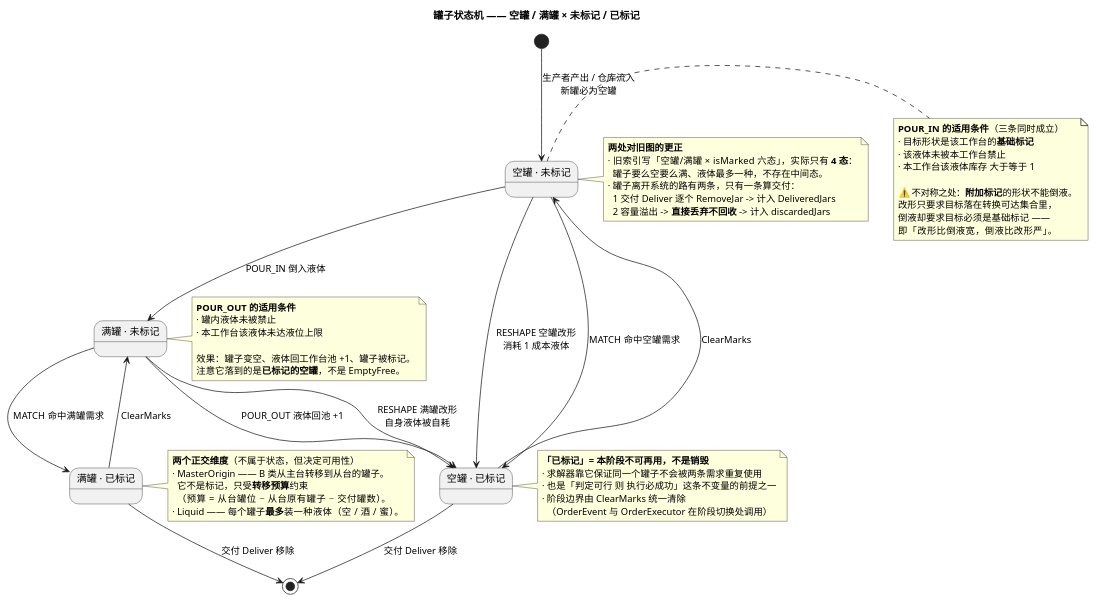
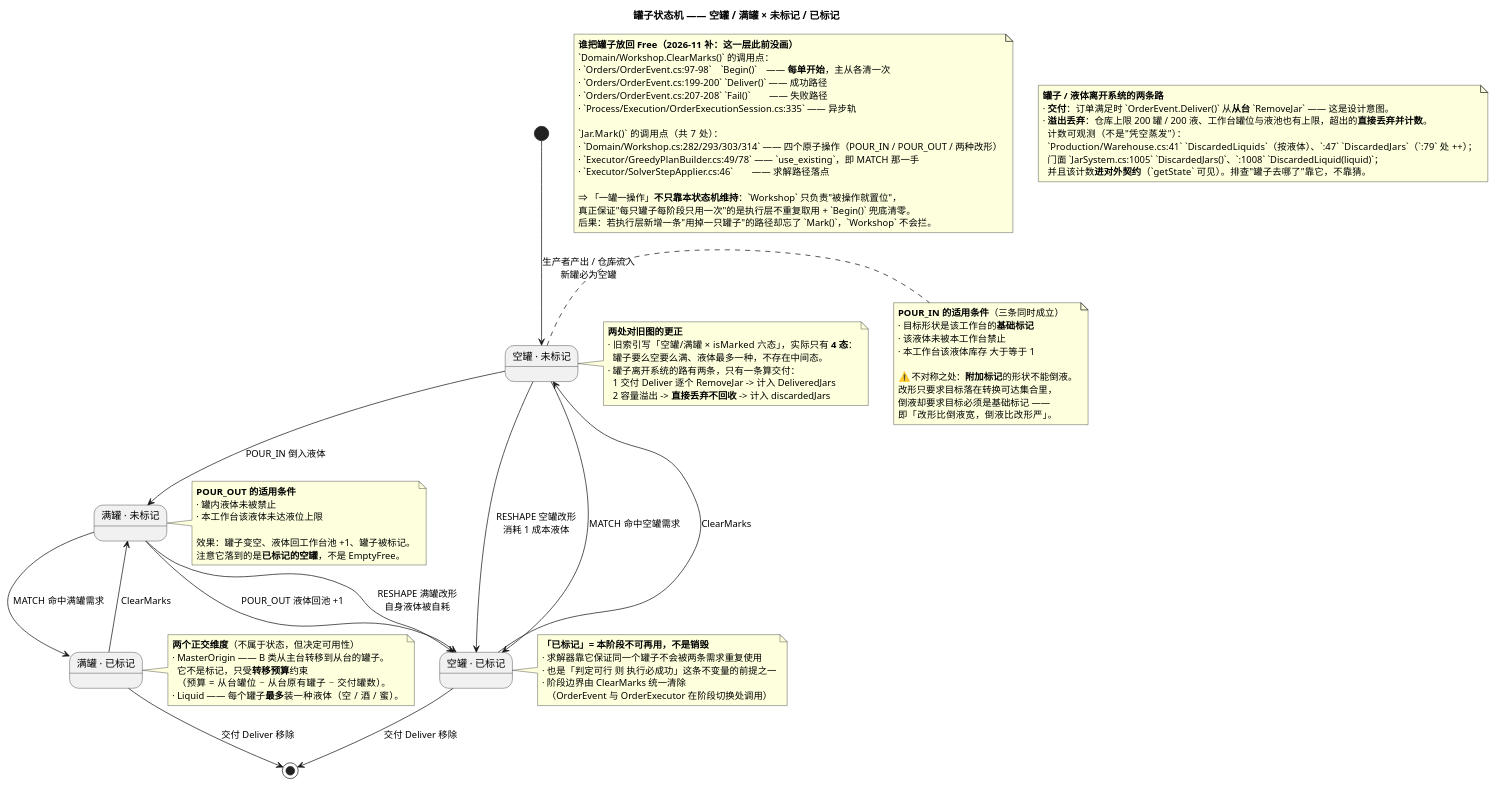
One commit to Lazyair150/jar-system-dotnet changed the diagram in UML/06_State_罐子操作.puml. Above: the diagram before and after it, drawn with PlantUML. The commit also changed 1 other file, not shown here.

Commit message:
fix(UML): 07 的依赖边按实际 using 重画；06 补「谁清标记」与「丢弃计数」
起因：用户拿一份外部图评给我看，我逐条核对后发现两件事——
① 图里我画的依赖边有几条是凭印象猜的（错在图，不在代码）；
② 外部评提到的两处"隐患"，一处已在代码里实现、一处被高估。

07_Component_架构.puml：
- 用 `grep '^using JarSystem.Core.<层>'` 逐条算出真实边矩阵，重画 40 余条边。
  删掉三条**不存在的边**：Services→Executor、Orders→Solver、Executor→Solver、
  World→Process/Abstractions（World 实际依赖 Config/Rules/Orders/Sessions）。
- 新增 note「层序测试守不住的一类依赖：经门面的运行时越层」：
  `Services/OrderService.cs:286 _system.Executor.BeginSession(...)` → Executor(L11)、
  `Services/WorkshopService.cs:41 _system.World.NamePools` → World(L12)。
  两处**类型上不 using**、经门面属性取实例，所以层序测试看不见；图上画成虚线。
  风险具体化为：把 Services 搬出本程序集/进程时这两条会静默失效而层测仍绿。

06_State_罐子操作.puml：
- 新增 note「谁把罐子放回 Free」：ClearMarks 的四个调用点（OrderEvent.Begin/Deliver/Fail
  + OrderExecutionSession:335）与 Mark() 的七个调用点（Workshop 四操作 + GreedyPlanBuilder:49/78
  的 use_existing + SolverStepApplier:46），并写明"一罐一操作不只靠状态机维持"。
- 新增 note「罐子/液体离开系统的两条路」：交付 vs 溢出丢弃，并给出可观测入口
  （Warehouse.cs:41/47/79、JarSystem.cs:1005/1008、计数进 getState 契约）。

仍待你在 VS Code 验证渲染（本机无 plantuml.jar）。

```diff
--- a/UML/06_State_罐子操作.puml
+++ b/UML/06_State_罐子操作.puml
@@ -1,80 +1,109 @@
 @startuml
 title 罐子状态机 —— 空罐 / 满罐 × 未标记 / 已标记
 
 ' ============================================================
 '  依据：Solver/StateSpaceSolver.cs 的 Apply（四种操作的真实状态效果）
 '    MATCH    需要未标记罐子；完成后 MarkJar，不动液体、不改形状
 '    POUR_IN  需要空罐；消耗工作台液体 1 单位；置入液体；MarkJar
 '    RESHAPE  空罐 -> 消耗 1 单位成本液体；满罐 -> 消耗自身液体；改形状；MarkJar
 '    POUR_OUT 需要满罐；液体回池 +1；罐子变空；MarkJar
 '  ⚠️ 四种操作**全都**会把罐子标记 —— 这就是「一罐一操作」的实现方式。
 ' ============================================================
 
 state "空罐 · 未标记" as EmptyFree
 state "满罐 · 未标记" as FullFree
 state "空罐 · 已标记" as EmptyLocked
 state "满罐 · 已标记" as FullLocked
 
 [*] --> EmptyFree : 生产者产出 / 仓库流入\n新罐必为空罐
 
 EmptyFree --> FullFree : POUR_IN 倒入液体
 EmptyFree --> EmptyLocked : RESHAPE 空罐改形\n消耗 1 成本液体
 EmptyFree --> EmptyLocked : MATCH 命中空罐需求
 
 FullFree --> EmptyLocked : POUR_OUT 液体回池 +1
 FullFree --> FullLocked : MATCH 命中满罐需求
 FullFree --> EmptyLocked : RESHAPE 满罐改形\n自身液体被自耗
 
 EmptyLocked --> [*] : 交付 Deliver 移除
 FullLocked --> [*] : 交付 Deliver 移除
 
 ' 标记不是永久的：阶段边界会清标记
 EmptyLocked --> EmptyFree : ClearMarks
 FullLocked --> FullFree : ClearMarks
 
 note right of EmptyFree
   **POUR_IN 的适用条件**（三条同时成立）
   · 目标形状是该工作台的**基础标记**
   · 该液体未被本工作台禁止
   · 本工作台该液体库存 大于等于 1
 
   ⚠️ 不对称之处：**附加标记**的形状不能倒液。
   改形只要求目标落在转换可达集合里，
   倒液却要求目标必须是基础标记 ——
   即「改形比倒液宽，倒液比改形严」。
 end note
 
 note right of FullFree
   **POUR_OUT 的适用条件**
   · 罐内液体未被禁止
   · 本工作台该液体未达液位上限
 
   效果：罐子变空、液体回工作台池 +1、罐子被标记。
   注意它落到的是**已标记的空罐**，不是 EmptyFree。
 end note
 
 note right of EmptyLocked
   **「已标记」= 本阶段不可再用，不是销毁**
   · 求解器靠它保证同一个罐子不会被两条需求重复使用
   · 也是「判定可行 则 执行必成功」这条不变量的前提之一
   · 阶段边界由 ClearMarks 统一清除
     （OrderEvent 与 OrderExecutor 在阶段切换处调用）
 end note
 
 note right of FullLocked
   **两个正交维度**（不属于状态，但决定可用性）
   · MasterOrigin —— B 类从主台转移到从台的罐子。
     它不是标记，只受**转移预算**约束
     （预算 = 从台罐位 − 从台原有罐子 − 交付罐数）。
   · Liquid —— 每个罐子**最多**装一种液体（空 / 酒 / 蜜）。
 end note
 
 note right of EmptyFree
   **两处对旧图的更正**
   · 旧索引写「空罐/满罐 × isMarked 六态」，实际只有 **4 态**：
     罐子要么空要么满、液体最多一种，不存在中间态。
   · 罐子离开系统的路有两条，只有一条算交付：
     1 交付 Deliver 逐个 RemoveJar -> 计入 DeliveredJars
     2 容量溢出 -> **直接丢弃不回收** -> 计入 discardedJars
 end note
+
+note as NWhoUnlocks
+  **谁把罐子放回 Free（2026-11 补：这一层此前没画）**
+  `Domain/Workshop.ClearMarks()` 的调用点：
+  · `Orders/OrderEvent.cs:97-98`　`Begin()`　—— **每单开始**，主从各清一次
+  · `Orders/OrderEvent.cs:199-200` `Deliver()` —— 成功路径
+  · `Orders/OrderEvent.cs:207-208` `Fail()`　　—— 失败路径
+  · `Process/Execution/OrderExecutionSession.cs:335` —— 异步轨
+
+  `Jar.Mark()` 的调用点（共 7 处）：
+  · `Domain/Workshop.cs:282/293/303/314` —— 四个原子操作（POUR_IN / POUR_OUT / 两种改形）
+  · `Executor/GreedyPlanBuilder.cs:49/78` —— `use_existing`，即 MATCH 那一手
+  · `Executor/SolverStepApplier.cs:46`　　—— 求解路径落点
+
+  ⇒ 「一罐一操作」**不只靠本状态机维持**：`Workshop` 只负责"被操作就置位"，
+  真正保证"每只罐子每阶段只用一次"的是执行层不重复取用 + `Begin()` 兜底清零。
+  后果：若执行层新增一条"用掉一只罐子"的路径却忘了 `Mark()`，`Workshop` 不会拦。
+end note
+
+note as NLeavingWorld
+  **罐子 / 液体离开系统的两条路**
+  · **交付**：订单满足时 `OrderEvent.Deliver()` 从**从台** `RemoveJar` —— 这是设计意图。
+  · **溢出丢弃**：仓库上限 200 罐 / 200 液、工作台罐位与液池也有上限，超出的**直接丢弃并计数**。
+    计数可观测（不是"凭空蒸发"）：
+    `Production/Warehouse.cs:41` `DiscardedLiquids`（按液体）、`:47` `DiscardedJars`（`:79` 处 ++）；
+    门面 `JarSystem.cs:1005` `DiscardedJars()`、`:1008` `DiscardedLiquid(liquid)`；
+    并且该计数**进对外契约**（`getState` 可见）。排查"罐子去哪了"靠它，不靠猜。
+end note
+
 @enduml
```
